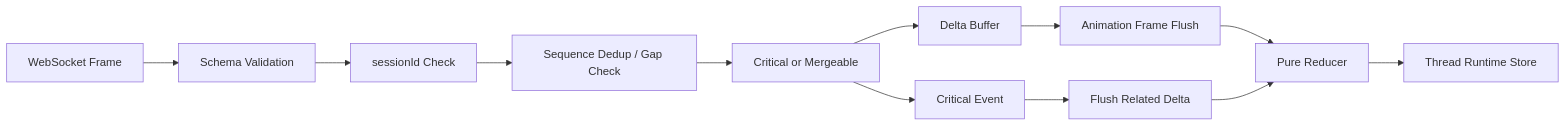
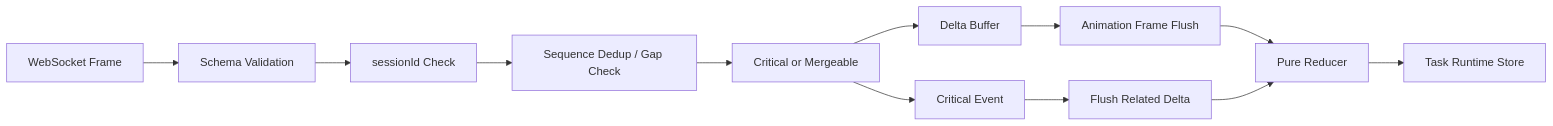
The second of 2 diagrams in docs/web-design.md (BryanHoo/CodeAgent), drawn with Mermaid before and after one commit. The commit also changed other lines of this file and 39 other files, not shown here.

````diff
--- a/docs/web-design.md
+++ b/docs/web-design.md
@@ -440,14 +440,14 @@
 ```mermaid
 flowchart LR
     Frame["WebSocket Frame"] --> Validate["Schema Validation"]
     Validate --> Session["sessionId Check"]
     Session --> Sequence["Sequence Dedup / Gap Check"]
     Sequence --> Classify["Critical or Mergeable"]
     Classify --> Buffer["Delta Buffer"]
     Classify --> Critical["Critical Event"]
     Buffer --> Flush["Animation Frame Flush"]
     Critical --> FlushRelated["Flush Related Delta"]
     Flush --> Reduce["Pure Reducer"]
     FlushRelated --> Reduce
-    Reduce --> Store["Thread Runtime Store"]
+    Reduce --> Store["Task Runtime Store"]
 ```
````
